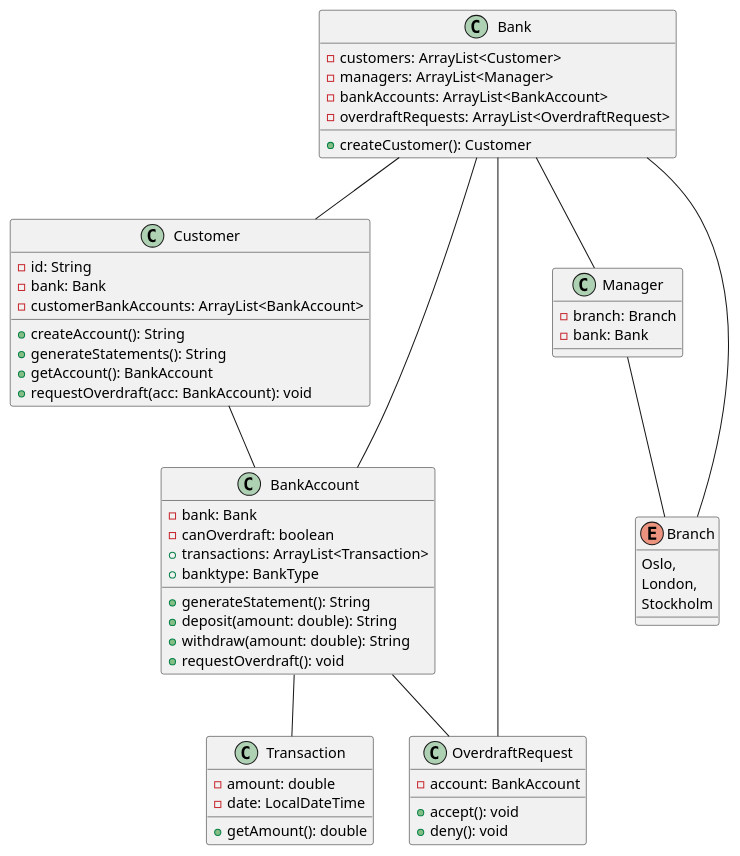
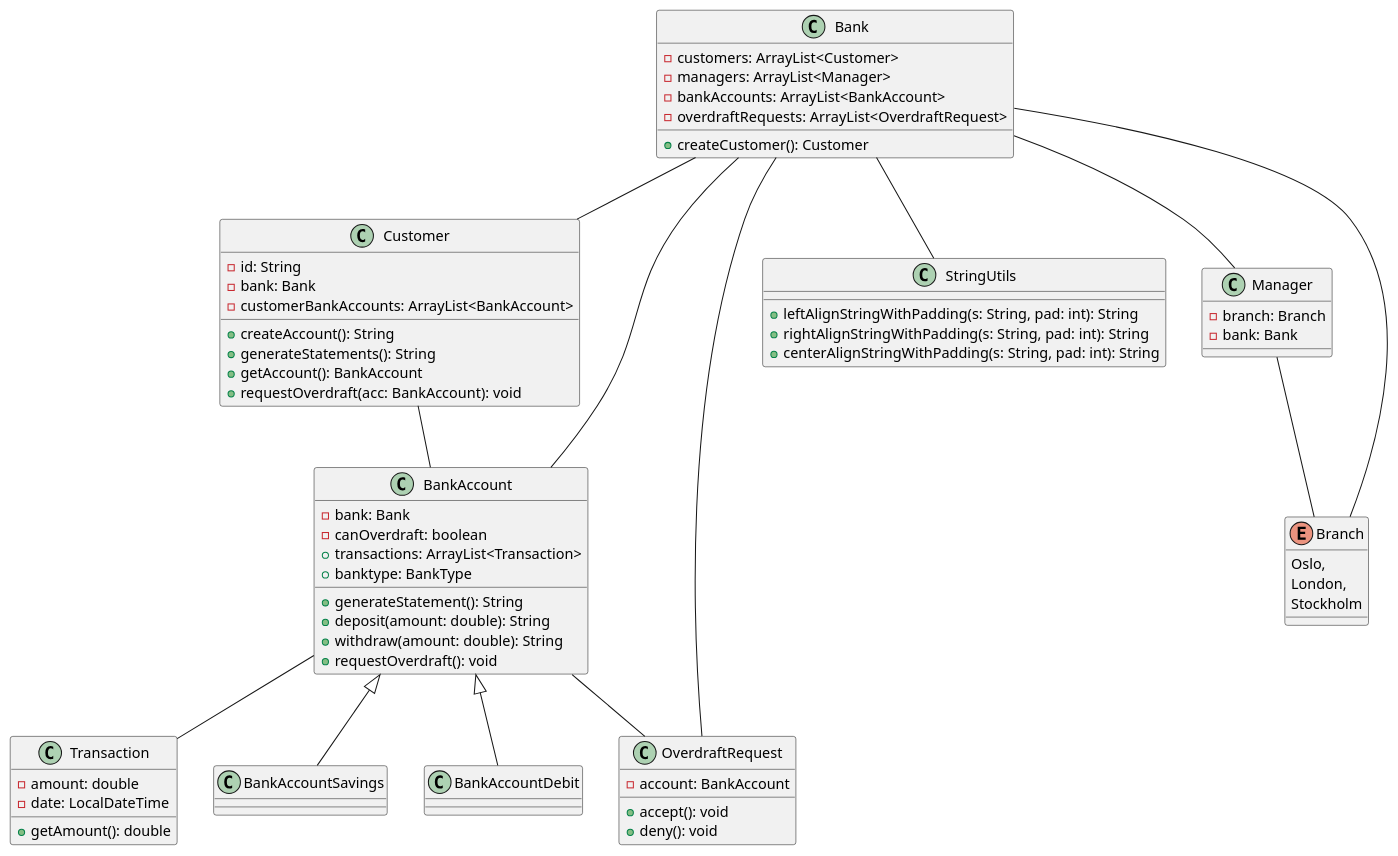
The diagram in diagram.puml (boolean-uk/java-tdd-oop-bank-challenge), drawn with PlantUML before and after one commit. The commit also changed 2 other files, not shown here.

Commit message:
refactored abstract ba and ba_debit.

```diff
--- a/diagram.puml
+++ b/diagram.puml
@@ -1,69 +1,80 @@
 @startuml
 class Customer{
     - id: String
     - bank: Bank
     - customerBankAccounts: ArrayList<BankAccount>
     + createAccount(): String
     + generateStatements(): String
     + getAccount(): BankAccount
     + requestOverdraft(acc: BankAccount): void
 }
 Customer -- BankAccount
 
 class BankAccount{
     - bank: Bank
     - canOverdraft: boolean
     + transactions: ArrayList<Transaction>
     + banktype: BankType
     + generateStatement(): String
     + deposit(amount: double): String
     + withdraw(amount: double): String
     + requestOverdraft(): void
 }
 
 BankAccount -- Transaction
 BankAccount -- OverdraftRequest
 
+class BankAccountSavings extends BankAccount{}
+class BankAccountDebit extends BankAccount{}
 
+
+class StringUtils{
+    + leftAlignStringWithPadding(s: String, pad: int): String
+    + rightAlignStringWithPadding(s: String, pad: int): String
+    + centerAlignStringWithPadding(s: String, pad: int): String
+}
+
+Bank -- StringUtils
 class OverdraftRequest{
     - account: BankAccount
     + accept(): void
     + deny(): void
 }
+
 
 
 class Transaction{
     -amount: double
     -date: LocalDateTime
     +getAmount(): double
 }
 
 class Bank{
     - customers: ArrayList<Customer>
     - managers: ArrayList<Manager>
     - bankAccounts: ArrayList<BankAccount>
     - overdraftRequests: ArrayList<OverdraftRequest>
     + createCustomer(): Customer
 }
 Bank -- Customer
 Bank -- Manager
 Bank -- BankAccount
 Bank -- OverdraftRequest
 Bank -- Branch
 
 
 class Manager{
     - branch: Branch
     - bank: Bank
 
 
 }
 Manager -- Branch
 
 enum Branch{
     Oslo,
     London,
     Stockholm
 }
 
 @enduml
```
